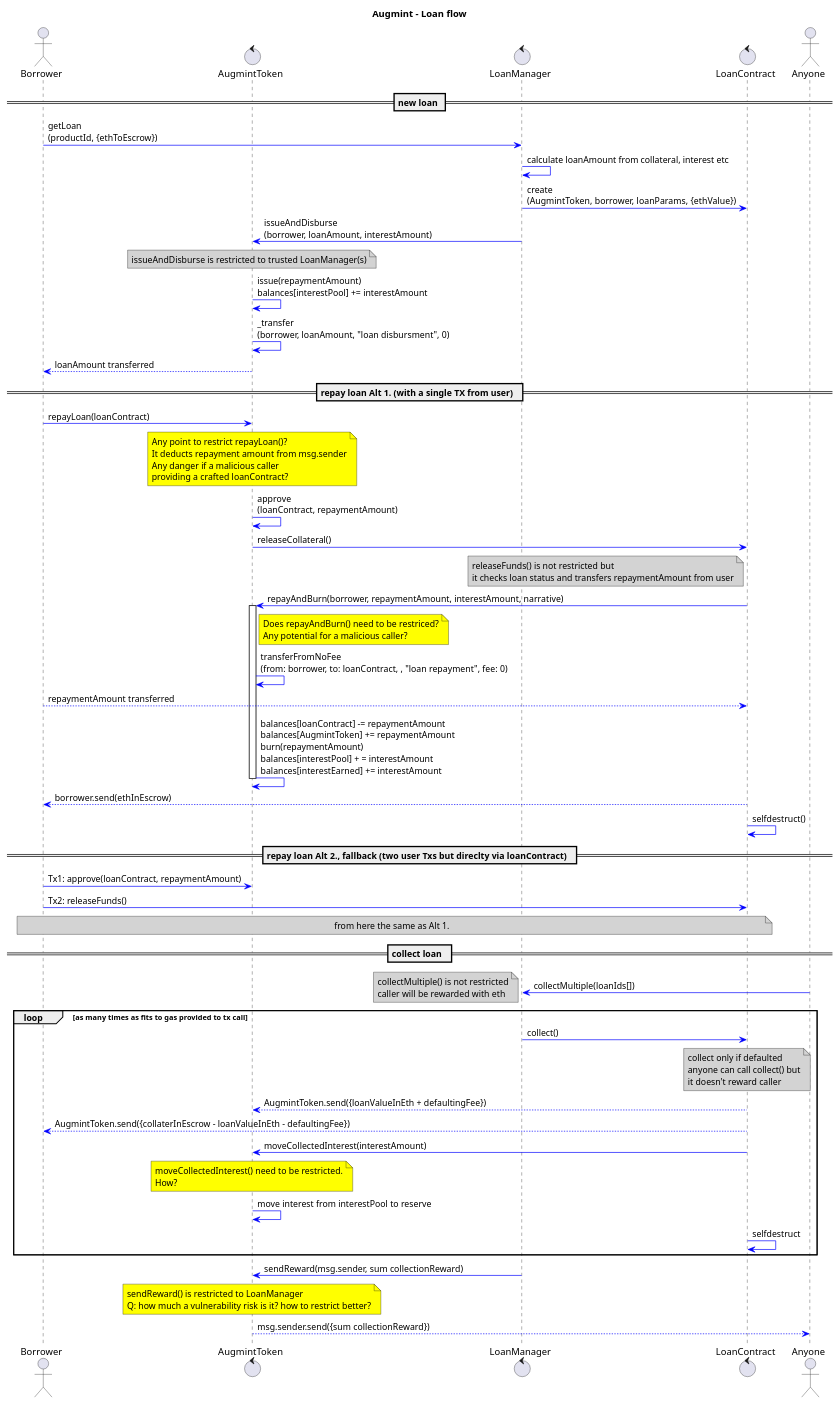
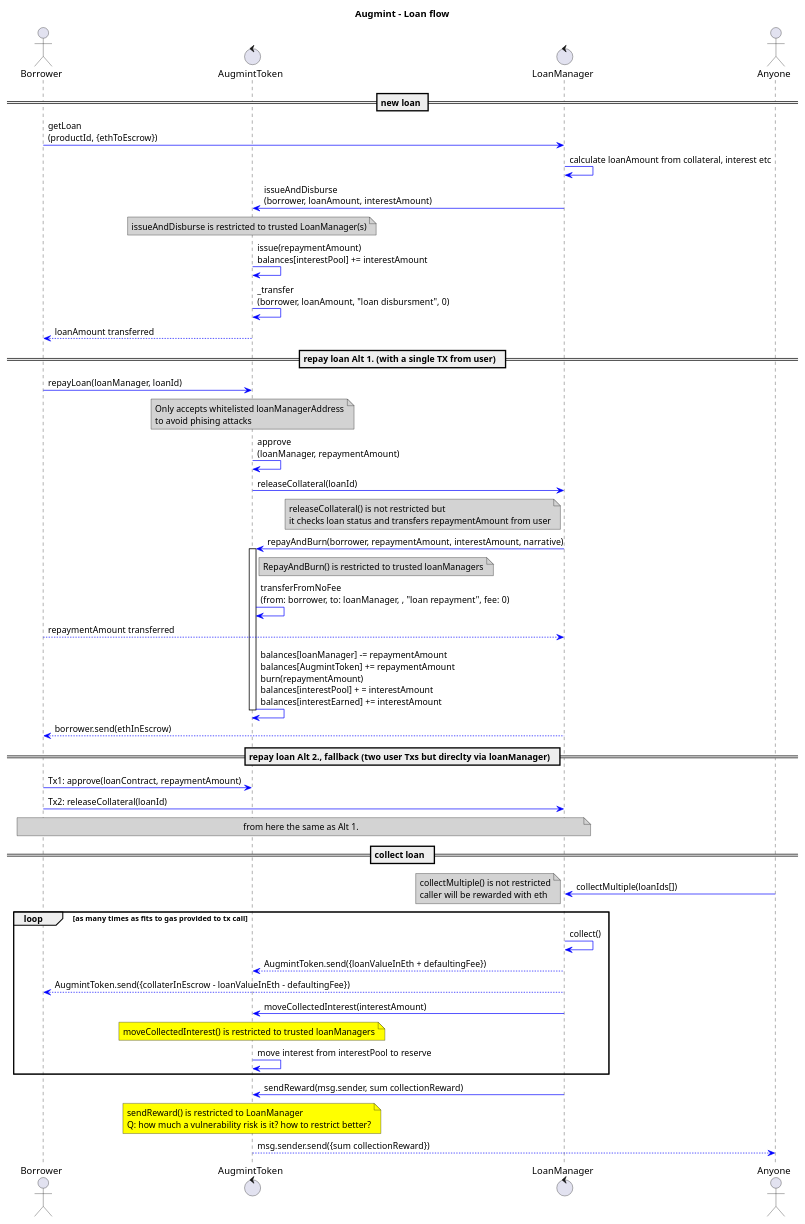
The diagram in docs/loanFlow.plantuml (Augmint/augmint-web), drawn with PlantUML before and after one commit. The commit also changed 38 other files, not shown here.

Commit message:
LoanManager refactor: remove sep. loan contracts (no UI update yet)

```diff
--- a/docs/loanFlow.plantuml
+++ b/docs/loanFlow.plantuml
@@ -1,85 +1,72 @@
 @startuml
 title **Augmint** - Loan flow
 skinparam ArrowColor #blue
 skinparam noteBackgroundColor #lightgrey
 actor Borrower
 control AugmintToken
 control LoanManager
-control LoanContract
 actor Anyone
 == new loan ==
 Borrower -> LoanManager : getLoan\n(productId, {ethToEscrow})
 LoanManager -> LoanManager : calculate loanAmount from collateral, interest etc
-LoanManager -> LoanContract : create\n(AugmintToken, borrower, loanParams, {ethValue})
 LoanManager -> AugmintToken : issueAndDisburse\n(borrower, loanAmount, interestAmount)
 note over AugmintToken
 issueAndDisburse is restricted to trusted LoanManager(s)
 end note
 AugmintToken -> AugmintToken : issue(repaymentAmount)\nbalances[interestPool] += interestAmount
 AugmintToken -> AugmintToken : _transfer\n(borrower, loanAmount, "loan disbursment", 0)
 AugmintToken --> Borrower : loanAmount transferred
 
 == repay loan Alt 1. (with a single TX from user)  ==
-Borrower -> AugmintToken : repayLoan(loanContract)
-note over AugmintToken #yellow
-    Any point to restrict repayLoan()?
-    It deducts repayment amount from msg.sender
-    Any danger if a malicious caller
-    providing a crafted loanContract?
+Borrower -> AugmintToken : repayLoan(loanManager, loanId)
+note over AugmintToken
+    Only accepts whitelisted loanManagerAddress
+    to avoid phising attacks
 end note
-AugmintToken -> AugmintToken : approve\n(loanContract, repaymentAmount)
+AugmintToken -> AugmintToken : approve\n(loanManager, repaymentAmount)
 
-AugmintToken -> LoanContract : releaseCollateral()
-note left LoanContract
-    releaseFunds() is not restricted but
+AugmintToken -> LoanManager : releaseCollateral(loanId)
+note left LoanManager
+    releaseCollateral() is not restricted but
     it checks loan status and transfers repaymentAmount from user
 end note
-LoanContract -> AugmintToken : repayAndBurn(borrower, repaymentAmount, interestAmount, narrative)
-note right AugmintToken #yellow
-    Does repayAndBurn() need to be restriced?
-    Any potential for a malicious caller?
+LoanManager -> AugmintToken : repayAndBurn(borrower, repaymentAmount, interestAmount, narrative)
+note right AugmintToken
+    RepayAndBurn() is restricted to trusted loanManagers
 end note
 activate AugmintToken
-AugmintToken -> AugmintToken : transferFromNoFee\n(from: borrower, to: loanContract, , "loan repayment", fee: 0)
-Borrower --> LoanContract : repaymentAmount transferred
-AugmintToken -> AugmintToken : balances[loanContract] -= repaymentAmount\nbalances[AugmintToken] += repaymentAmount\nburn(repaymentAmount)\nbalances[interestPool] + = interestAmount\nbalances[interestEarned] += interestAmount
+AugmintToken -> AugmintToken : transferFromNoFee\n(from: borrower, to: loanManager, , "loan repayment", fee: 0)
+Borrower --> LoanManager : repaymentAmount transferred
+AugmintToken -> AugmintToken : balances[loanManager] -= repaymentAmount\nbalances[AugmintToken] += repaymentAmount\nburn(repaymentAmount)\nbalances[interestPool] + = interestAmount\nbalances[interestEarned] += interestAmount
 deactivate AugmintToken
-LoanContract --> Borrower : borrower.send(ethInEscrow)
-LoanContract -> LoanContract : selfdestruct()
+LoanManager --> Borrower : borrower.send(ethInEscrow)
 
-== repay loan Alt 2., fallback (two user Txs but direclty via loanContract)  ==
+== repay loan Alt 2., fallback (two user Txs but direclty via loanManager)  ==
 Borrower -> AugmintToken : Tx1: approve(loanContract, repaymentAmount)
-Borrower -> LoanContract : Tx2: releaseFunds()
-note over Borrower, LoanContract
+Borrower -> LoanManager : Tx2: releaseCollateral(loanId)
+note over Borrower, LoanManager
     from here the same as Alt 1.
 end note
 == collect loan  ==
 Anyone -> LoanManager : collectMultiple(loanIds[])
 note left
     collectMultiple() is not restricted
     caller will be rewarded with eth
 end note
 loop as many times as fits to gas provided to tx call
-    LoanManager -> LoanContract : collect()
-    note over LoanContract
-        collect only if defaulted
-        anyone can call collect() but
-        it doesn't reward caller
-    end note
-    LoanContract --> AugmintToken : AugmintToken.send({loanValueInEth + defaultingFee})
-    LoanContract --> Borrower : AugmintToken.send({collaterInEscrow - loanValueInEth - defaultingFee})
-    LoanContract -> AugmintToken : moveCollectedInterest(interestAmount)
+    LoanManager -> LoanManager : collect()
+    LoanManager --> AugmintToken : AugmintToken.send({loanValueInEth + defaultingFee})
+    LoanManager --> Borrower : AugmintToken.send({collaterInEscrow - loanValueInEth - defaultingFee})
+    LoanManager -> AugmintToken : moveCollectedInterest(interestAmount)
     note over AugmintToken #yellow
-    moveCollectedInterest() need to be restricted.
-    How?
+    moveCollectedInterest() is restricted to trusted loanManagers
     end note
     AugmintToken -> AugmintToken : move interest from interestPool to reserve
-    LoanContract -> LoanContract : selfdestruct
 end
 LoanManager -> AugmintToken : sendReward(msg.sender, sum collectionReward)
 note over AugmintToken #yellow
     sendReward() is restricted to LoanManager
     Q: how much a vulnerability risk is it? how to restrict better?
 end note
 AugmintToken --> Anyone : msg.sender.send({sum collectionReward})
 @enduml
```
